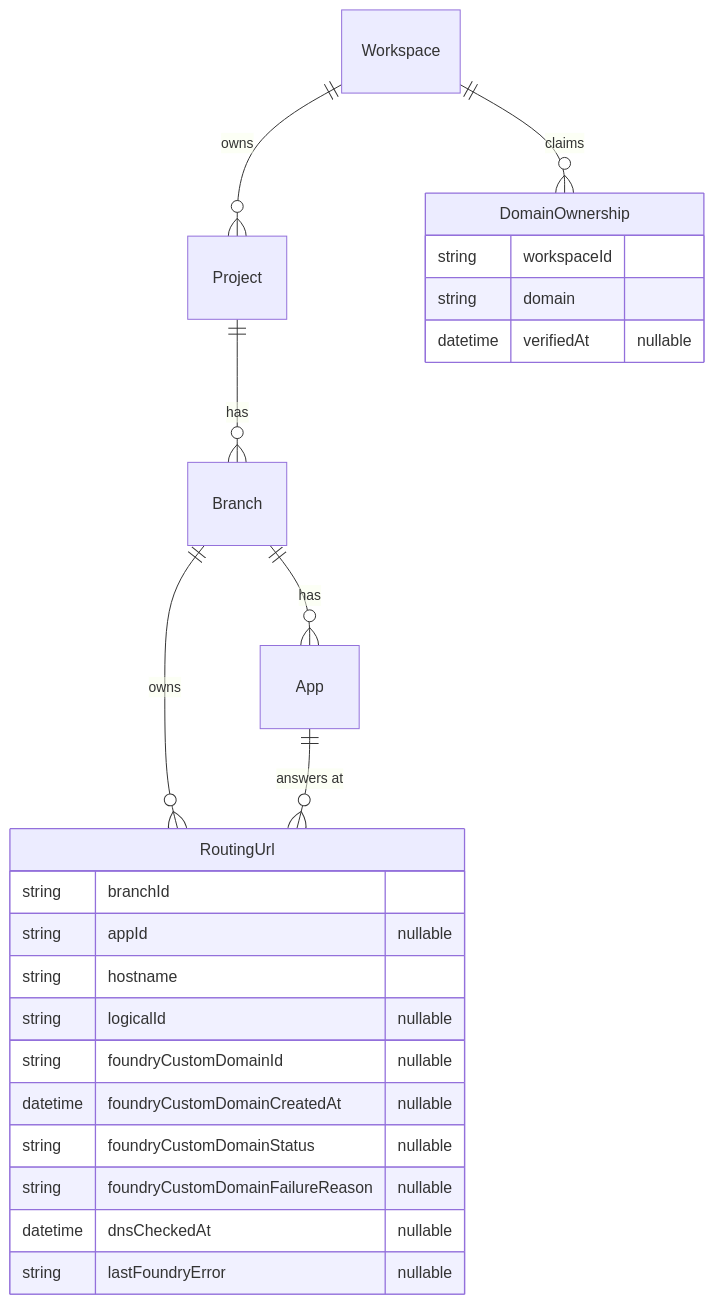
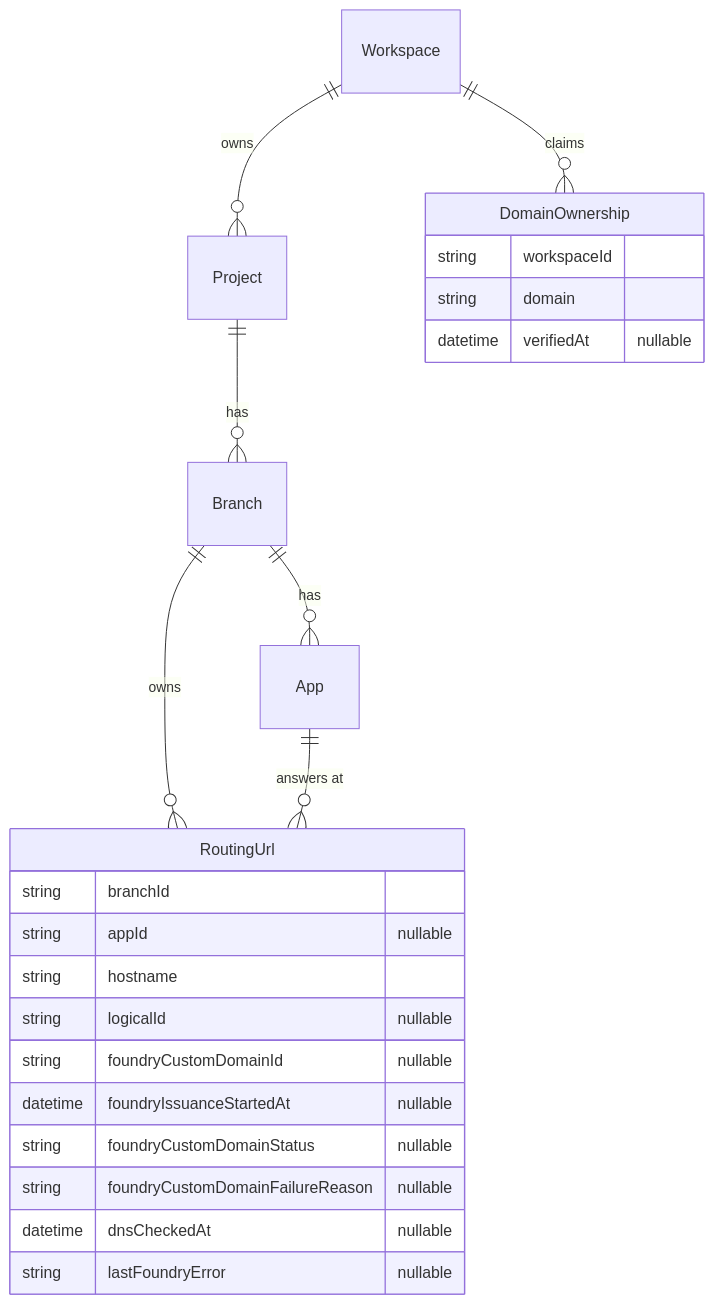
The diagram in docs/design/05-prisma-cloud/public-urls/platform-routing-urls.md (prisma/composer), drawn with Mermaid before and after one commit. The commit also changed other lines of this file and 2 other files, not shown here.

Commit message:
docs(design): the issuance clock starts at creation or the latest retry

````diff
--- a/docs/design/05-prisma-cloud/public-urls/platform-routing-urls.md
+++ b/docs/design/05-prisma-cloud/public-urls/platform-routing-urls.md
@@ -14,26 +14,26 @@
 ```mermaid
 erDiagram
   Workspace ||--o{ Project : owns
   Workspace ||--o{ DomainOwnership : claims
   Project ||--o{ Branch : has
   Branch ||--o{ App : has
   Branch ||--o{ RoutingUrl : owns
   App ||--o{ RoutingUrl : "answers at"
   RoutingUrl {
     string branchId
     string appId "nullable"
     string hostname
     string logicalId "nullable"
     string foundryCustomDomainId "nullable"
-    datetime foundryCustomDomainCreatedAt "nullable"
+    datetime foundryIssuanceStartedAt "nullable"
     string foundryCustomDomainStatus "nullable"
     string foundryCustomDomainFailureReason "nullable"
     datetime dnsCheckedAt "nullable"
     string lastFoundryError "nullable"
   }
   DomainOwnership {
     string workspaceId
     string domain
     datetime verifiedAt "nullable"
   }
 ```
````
